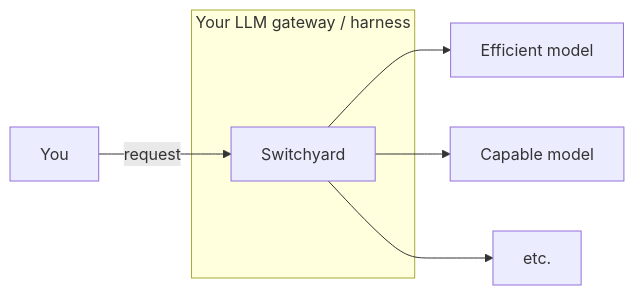
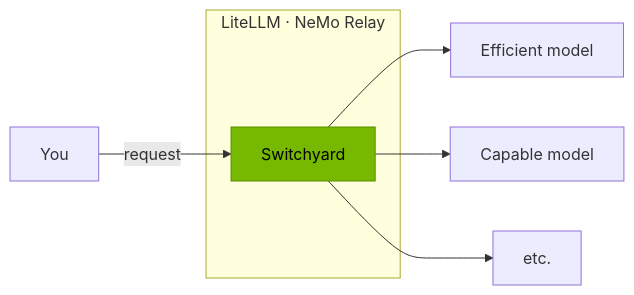
Before and after one commit to NVIDIA-NeMo/Switchyard: the first of 3 diagrams in README.md, drawn with Mermaid. The commit also changed other lines of this file and 1 other file, not shown here.

````diff
--- a/README.md
+++ b/README.md
@@ -23,10 +29,11 @@
 ```mermaid
 flowchart LR
-    subgraph R["Your LLM gateway / harness"]
+    subgraph R["LiteLLM · NeMo Relay"]
         P["Switchyard"]
     end
     P--> M["Efficient model"]
     P--> N["Capable model"]
     P--> O[etc.]
     G[You] -->|"request"| P
+    style P fill:#76B900,stroke:#5A8F00,color:#000
 ```
````
